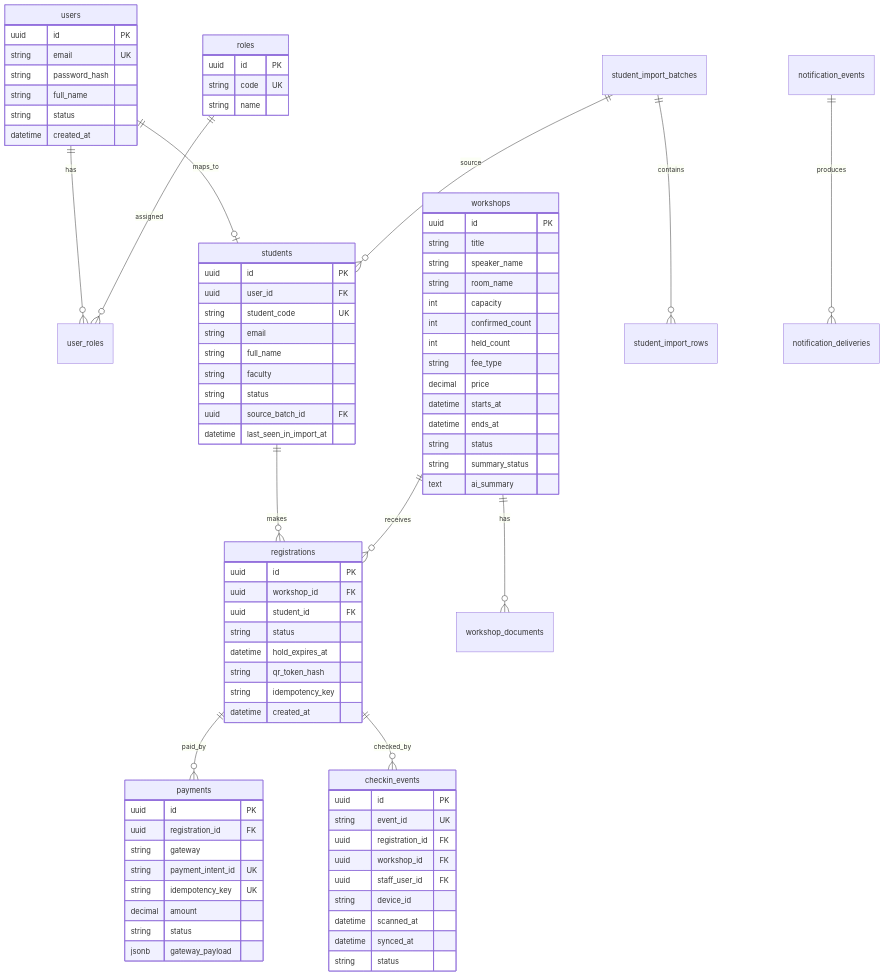
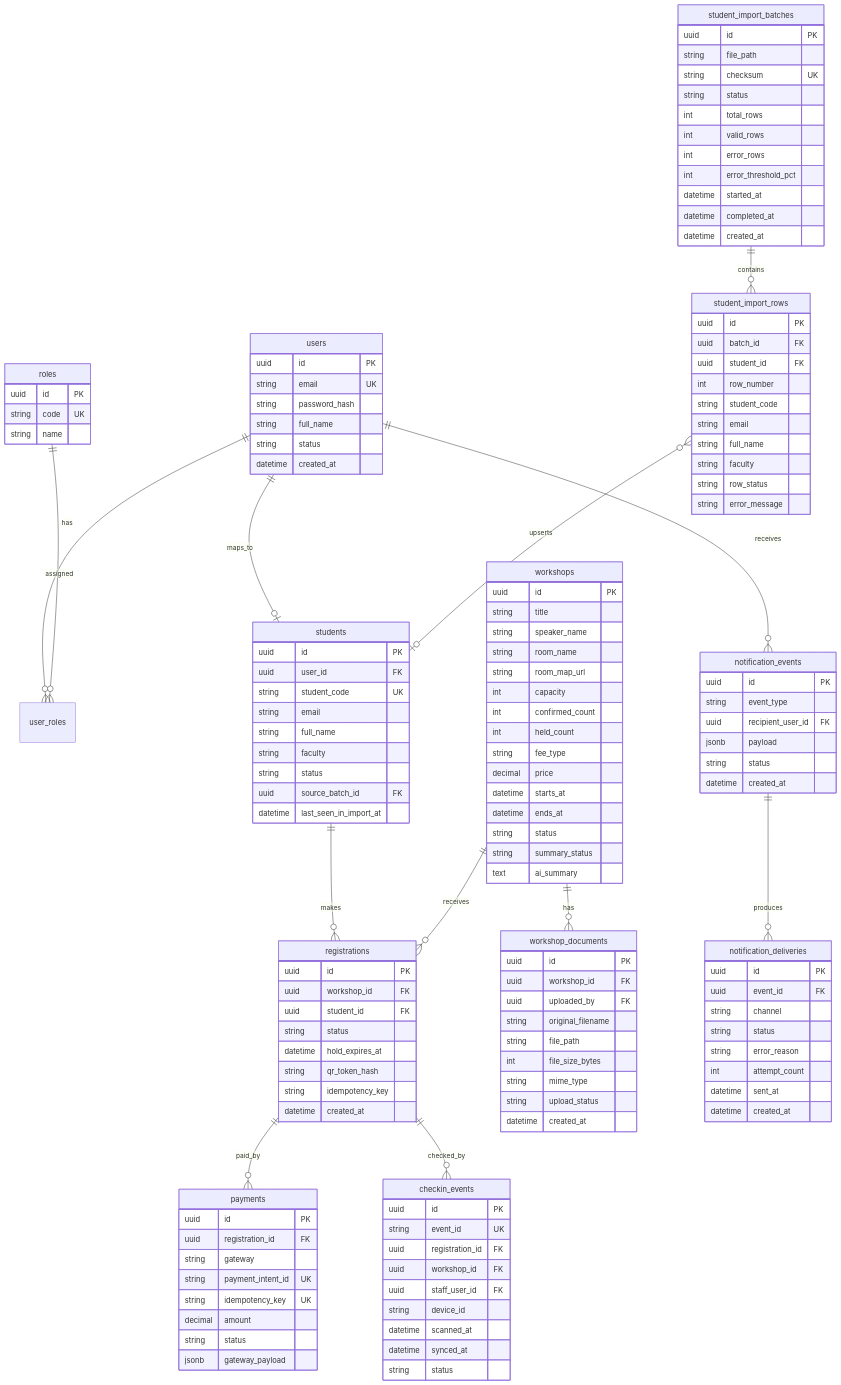
Before and after one commit to NTTH7419/TKPMFinal: the fourth of 4 diagrams in docs/blueprint/design.md, drawn with Mermaid. The commit also changed other lines of this file and 7 other files, not shown here.

````diff
--- a/docs/blueprint/design.md
+++ b/docs/blueprint/design.md
@@ -149,7 +194,8 @@
     registrations ||--o{ checkin_events : checked_by
     workshops ||--o{ workshop_documents : has
     student_import_batches ||--o{ student_import_rows : contains
-    student_import_batches ||--o{ students : source
+    student_import_rows }o--o| students : upserts
+    users ||--o{ notification_events : receives
     notification_events ||--o{ notification_deliveries : produces
 
     users {
@@ -184,6 +230,7 @@
         string title
         string speaker_name
         string room_name
+        string room_map_url
         int capacity
         int confirmed_count
         int held_count
@@ -229,4 +276,63 @@
         datetime synced_at
         string status
     }
+
+    workshop_documents {
+        uuid id PK
+        uuid workshop_id FK
+        uuid uploaded_by FK
+        string original_filename
+        string file_path
+        int file_size_bytes
+        string mime_type
+        string upload_status
+        datetime created_at
+    }
+
+    student_import_batches {
+        uuid id PK
+        string file_path
+        string checksum UK
+        string status
+        int total_rows
+        int valid_rows
+        int error_rows
+        int error_threshold_pct
+        datetime started_at
+        datetime completed_at
+        datetime created_at
+    }
+
+    student_import_rows {
+        uuid id PK
+        uuid batch_id FK
+        uuid student_id FK
+        int row_number
+        string student_code
+        string email
+        string full_name
+        string faculty
+        string row_status
+        string error_message
+    }
+
+    notification_events {
+        uuid id PK
+        string event_type
+        uuid recipient_user_id FK
+        jsonb payload
+        string status
+        datetime created_at
+    }
+
+    notification_deliveries {
+        uuid id PK
+        uuid event_id FK
+        string channel
+        string status
+        string error_reason
+        int attempt_count
+        datetime sent_at
+        datetime created_at
+    }
 ```
````
